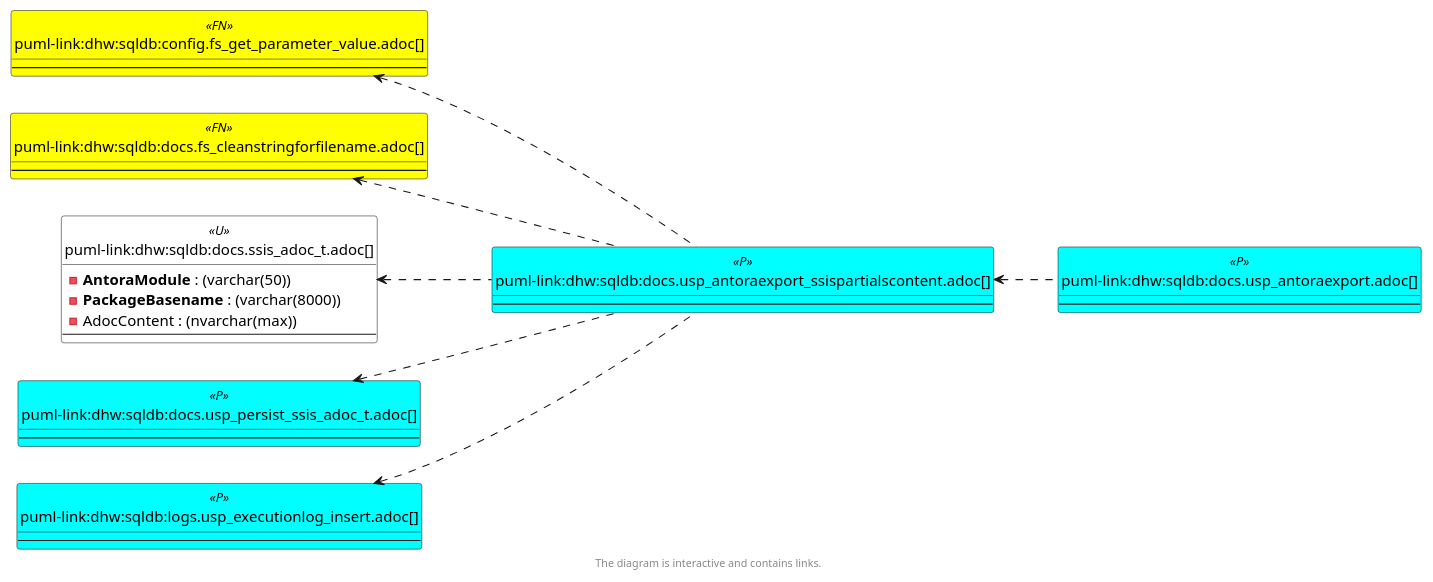
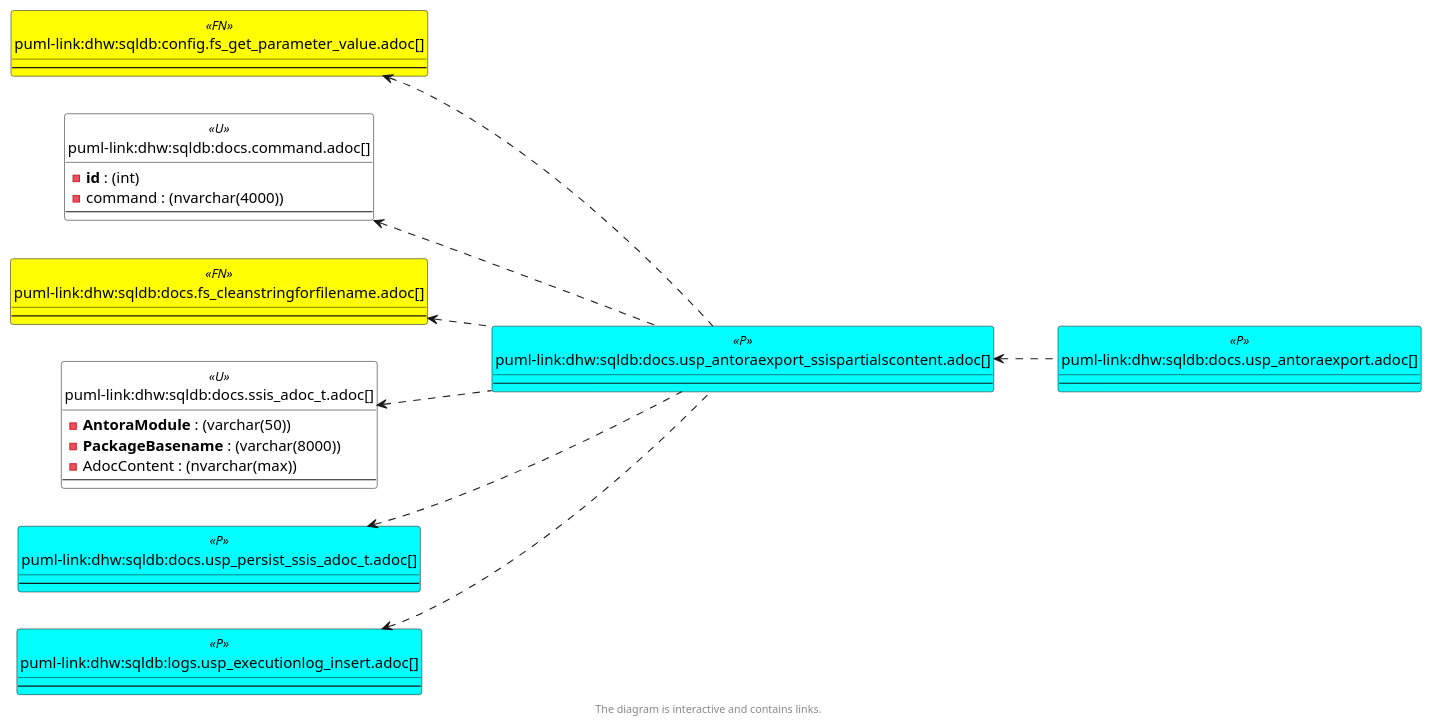
The sixth of 6 diagrams in docs/modules/sqldb/partials/content/docs.usp_antoraexport_ssispartialscontent.adoc (DataHandwerk/dhw-antora-sqldb), drawn with PlantUML before and after one commit. The commit also changed other lines of this file and 701 other files, not shown here.

```diff
--- a/docs/modules/sqldb/partials/content/docs.usp_antoraexport_ssispartialscontent.adoc
+++ b/docs/modules/sqldb/partials/content/docs.usp_antoraexport_ssispartialscontent.adoc
@@ -1490,73 +1508,80 @@
 [plantuml, entity_1_1_colref-{docname}, svg, subs=macros]
 ....
 @startuml
 left to right direction
 'top to bottom direction
 hide circle
 'avoide "." issues:
 set namespaceSeparator none
 
 
 skinparam class {
   BackgroundColor White
   BackgroundColor<<FN>> Yellow
   BackgroundColor<<FS>> Yellow
   BackgroundColor<<FT>> LightGray
   BackgroundColor<<IF>> Yellow
   BackgroundColor<<IS>> Yellow
   BackgroundColor<<P>>  Aqua
   BackgroundColor<<PC>> Aqua
   BackgroundColor<<SN>> Yellow
   BackgroundColor<<SO>> SlateBlue
   BackgroundColor<<TF>> LightGray
   BackgroundColor<<TR>> Tomato
   BackgroundColor<<U>>  White
   BackgroundColor<<V>>  WhiteSmoke
   BackgroundColor<<X>>  Aqua
   BackgroundColor<<external>> AliceBlue
 }
 
 
 entity "puml-link:dhw:sqldb:config.fs_get_parameter_value.adoc[]" as config.fs_get_parameter_value << FN >> {
   --
 }
 
+entity "puml-link:dhw:sqldb:docs.command.adoc[]" as docs.command << U >> {
+  - **id** : (int)
+  - command : (nvarchar(4000))
+  --
+}
+
 entity "puml-link:dhw:sqldb:docs.fs_cleanstringforfilename.adoc[]" as docs.fs_cleanStringForFilename << FN >> {
   --
 }
 
 entity "puml-link:dhw:sqldb:docs.ssis_adoc_t.adoc[]" as docs.ssis_Adoc_T << U >> {
   - **AntoraModule** : (varchar(50))
   - **PackageBasename** : (varchar(8000))
   - AdocContent : (nvarchar(max))
   --
 }
 
 entity "puml-link:dhw:sqldb:docs.usp_antoraexport.adoc[]" as docs.usp_AntoraExport << P >> {
   --
 }
 
 entity "puml-link:dhw:sqldb:docs.usp_antoraexport_ssispartialscontent.adoc[]" as docs.usp_AntoraExport_SsisPartialsContent << P >> {
   --
 }
 
 entity "puml-link:dhw:sqldb:docs.usp_persist_ssis_adoc_t.adoc[]" as docs.usp_PERSIST_ssis_Adoc_T << P >> {
   --
 }
 
 entity "puml-link:dhw:sqldb:logs.usp_executionlog_insert.adoc[]" as logs.usp_ExecutionLog_insert << P >> {
   --
 }
 
 config.fs_get_parameter_value <.. docs.usp_AntoraExport_SsisPartialsContent
+docs.command <.. docs.usp_AntoraExport_SsisPartialsContent
 docs.fs_cleanStringForFilename <.. docs.usp_AntoraExport_SsisPartialsContent
 docs.ssis_Adoc_T <.. docs.usp_AntoraExport_SsisPartialsContent
 docs.usp_AntoraExport_SsisPartialsContent <.. docs.usp_AntoraExport
 docs.usp_PERSIST_ssis_Adoc_T <.. docs.usp_AntoraExport_SsisPartialsContent
 logs.usp_ExecutionLog_insert <.. docs.usp_AntoraExport_SsisPartialsContent
 
 
 footer The diagram is interactive and contains links.
 
 @enduml
 ....
```
